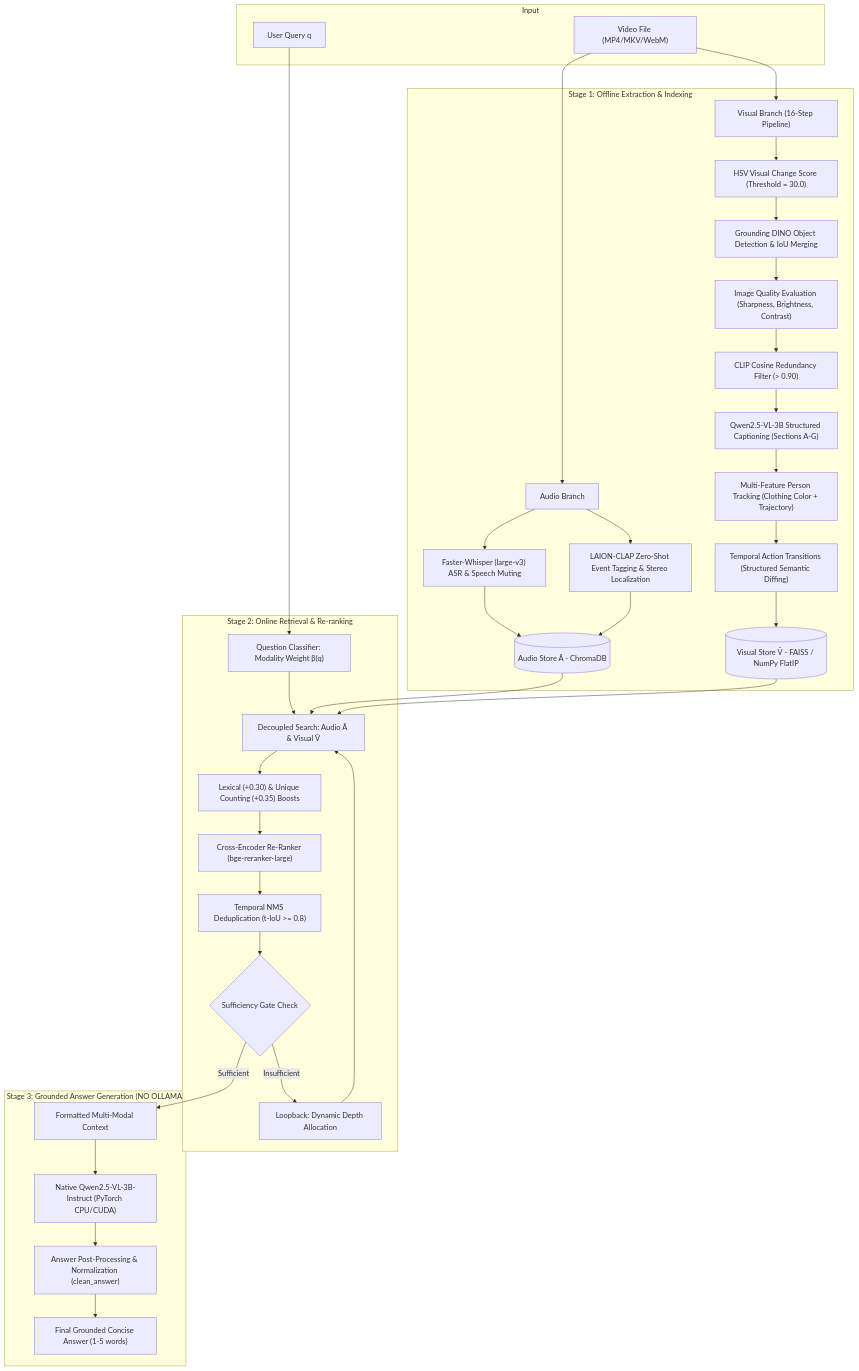
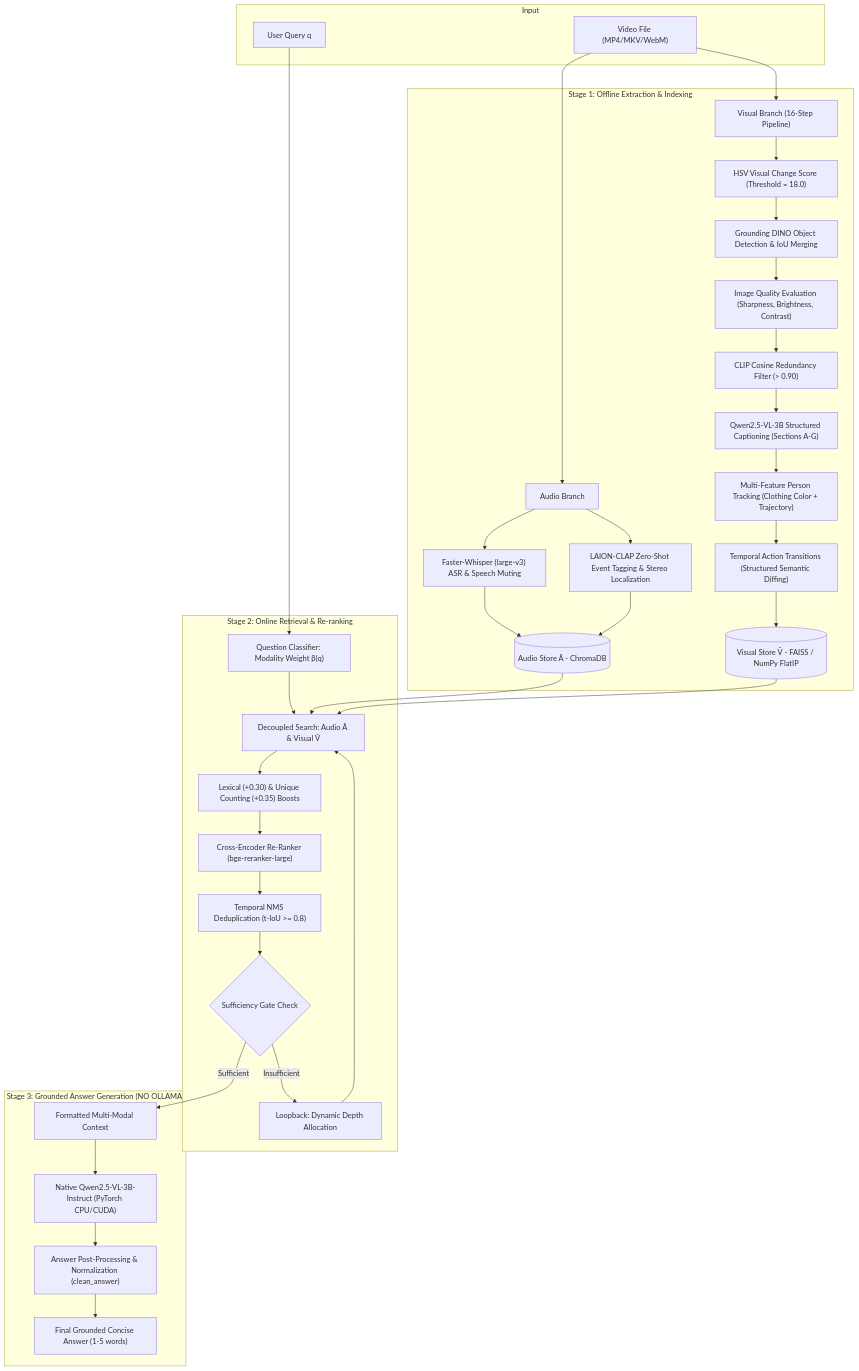
Before and after one commit to G-shubham18/Cloud_EVL2: the diagram in README.md, drawn with Mermaid. The commit also changed other lines of this file and 4 other files, not shown here.

Commit message:
Update scene detection threshold to 18.0 across pipeline, config, and documentation

````diff
--- a/README.md
+++ b/README.md
@@ -237,44 +237,44 @@
 ```mermaid
 flowchart TD
     subgraph Input
         V["Video File (MP4/MKV/WebM)"]
         Q["User Query q"]
     end
 
     subgraph Stage1["Stage 1: Offline Extraction & Indexing"]
         V --> AB["Audio Branch"]
         V --> VB["Visual Branch (16-Step Pipeline)"]
         
         AB --> Whisper["Faster-Whisper (large-v3) ASR & Speech Muting"]
         AB --> CLAP["LAION-CLAP Zero-Shot Event Tagging & Stereo Localization"]
         Whisper & CLAP --> Chroma[("Audio Store Â - ChromaDB")]
 
-        VB --> SceneDiff["HSV Visual Change Score (Threshold = 30.0)"]
+        VB --> SceneDiff["HSV Visual Change Score (Threshold = 18.0)"]
         SceneDiff --> DINO["Grounding DINO Object Detection & IoU Merging"]
         DINO --> QualityEval["Image Quality Evaluation (Sharpness, Brightness, Contrast)"]
         QualityEval --> CLIPFilter["CLIP Cosine Redundancy Filter (> 0.90)"]
         CLIPFilter --> QwenVL["Qwen2.5-VL-3B Structured Captioning (Sections A-G)"]
         QwenVL --> PersonTrack["Multi-Feature Person Tracking (Clothing Color + Trajectory)"]
         PersonTrack --> TempReason["Temporal Action Transitions (Structured Semantic Diffing)"]
         TempReason --> FAISS[("Visual Store V̂ - FAISS / NumPy FlatIP")]
     end
 
     subgraph Stage2["Stage 2: Online Retrieval & Re-ranking"]
         Q --> QC["Question Classifier: Modality Weight β(q)"]
         QC --> DR["Decoupled Search: Audio Â & Visual V̂"]
         Chroma & FAISS --> DR
         DR --> Boost["Lexical (+0.30) & Unique Counting (+0.35) Boosts"]
         Boost --> Rerank["Cross-Encoder Re-Ranker (bge-reranker-large)"]
         Rerank --> NMS["Temporal NMS Deduplication (t-IoU >= 0.8)"]
         NMS --> Gate{"Sufficiency Gate Check"}
         Gate -- Insufficient --> Loopback["Loopback: Dynamic Depth Allocation"]
         Loopback --> DR
     end
 
     subgraph Stage3["Stage 3: Grounded Answer Generation (NO OLLAMA)"]
         Gate -- Sufficient --> GenContext["Formatted Multi-Modal Context"]
         GenContext --> NativeVLM["Native Qwen2.5-VL-3B-Instruct (PyTorch CPU/CUDA)"]
         NativeVLM --> PostClean["Answer Post-Processing & Normalization (clean_answer)"]
         PostClean --> Answer["Final Grounded Concise Answer (1-5 words)"]
     end
 ```
````
